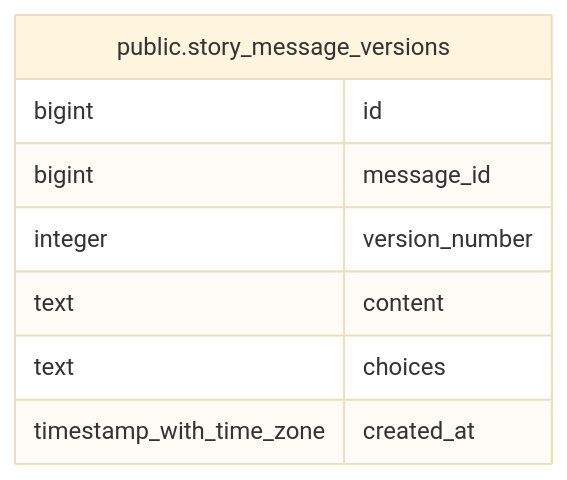
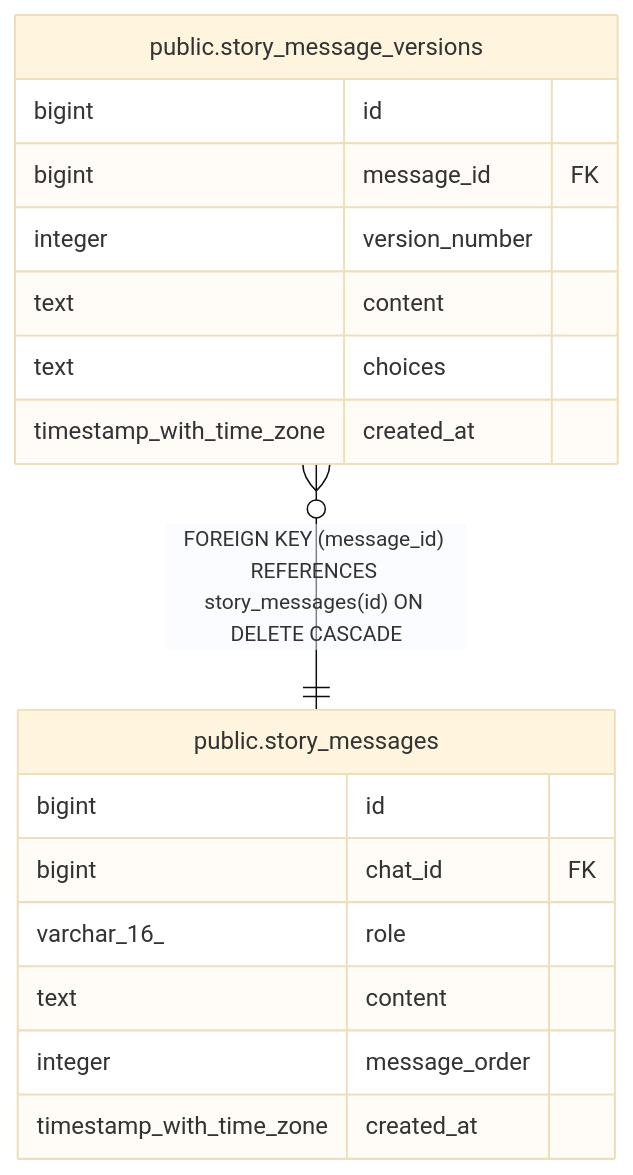
One commit to KIM-N-KANG/manyak-server changed the diagram in dbdoc/public.story_message_versions.md. Above: the diagram before and after it, drawn with Mermaid (base theme). The commit also changed other lines of this file and 3 other files, not shown here.

````diff
--- a/dbdoc/public.story_message_versions.md
+++ b/dbdoc/public.story_message_versions.md
@@ -31,13 +32,22 @@
 ```mermaid
 erDiagram
 
+"public.story_message_versions" }o--|| "public.story_messages" : "FOREIGN KEY (message_id) REFERENCES story_messages(id) ON DELETE CASCADE"
 
 "public.story_message_versions" {
   bigint id
-  bigint message_id
+  bigint message_id FK
   integer version_number
   text content
   text choices
   timestamp_with_time_zone created_at
 }
+"public.story_messages" {
+  bigint id
+  bigint chat_id FK
+  varchar_16_ role
+  text content
+  integer message_order
+  timestamp_with_time_zone created_at
+}
 ```
````
